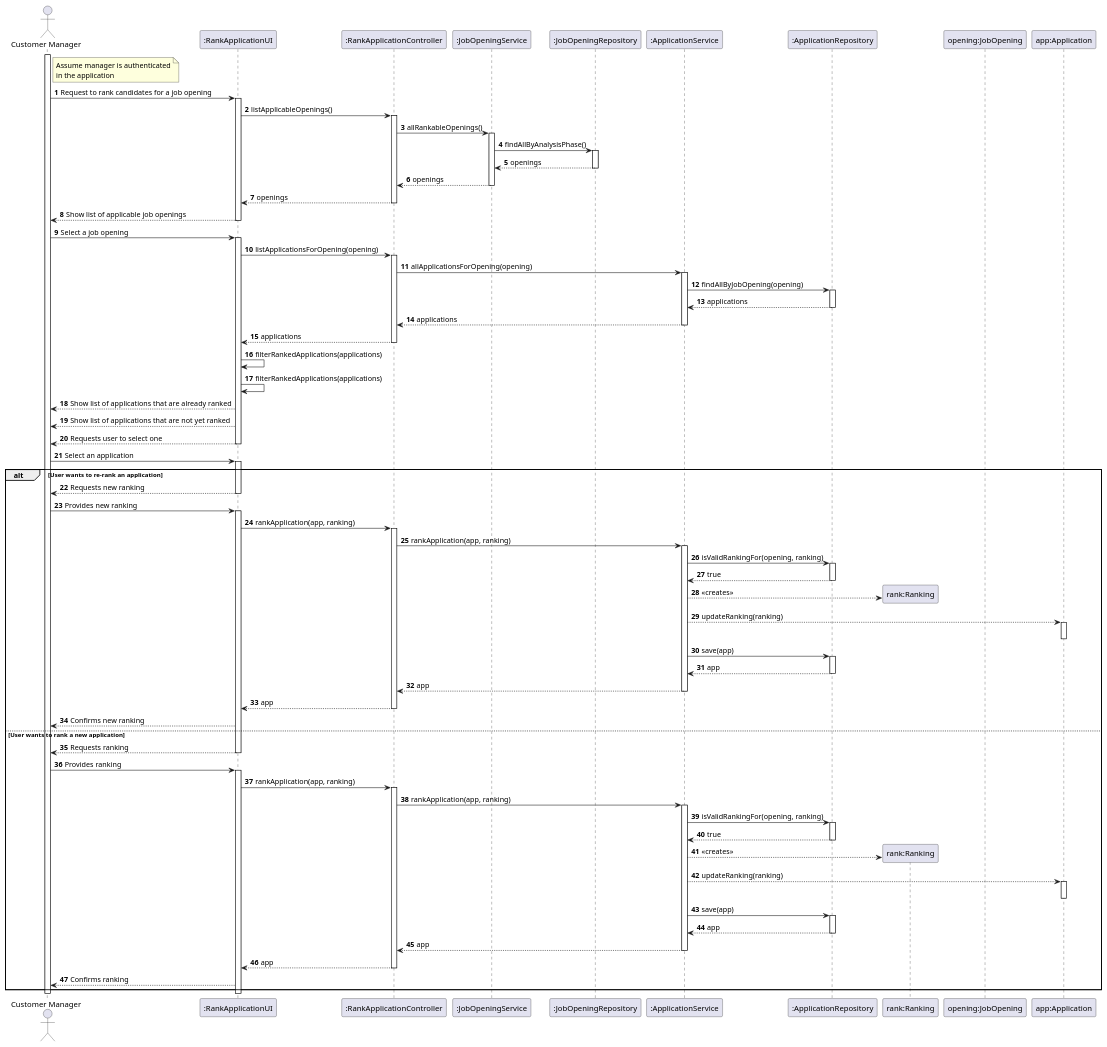
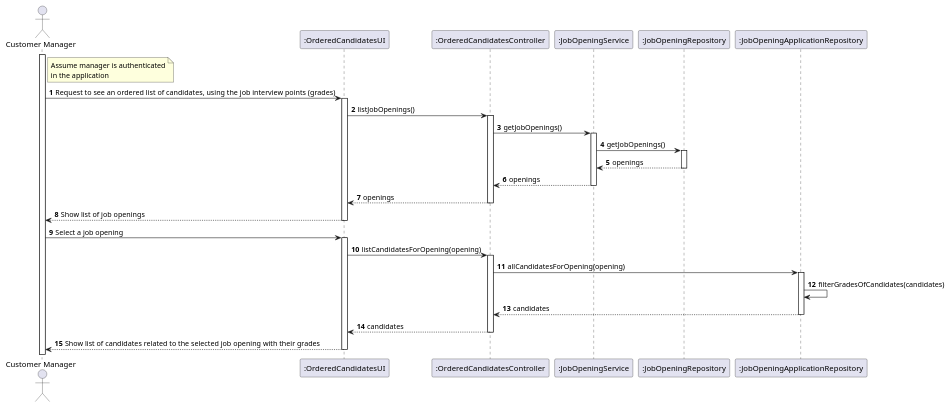
Before and after one commit to marcoferreira37/Lapr4: the diagram in docs/sprintC/1019/1019-sequence-diagram.puml, drawn with PlantUML. The commit also changed 5 other files, not shown here.

Commit message:
#44 Sequence-diagram and system-sequence-diagram updated

```diff
--- a/docs/sprintC/1019/1019-sequence-diagram.puml
+++ b/docs/sprintC/1019/1019-sequence-diagram.puml
@@ -1,124 +1,57 @@
 @startuml
 
 actor "Customer Manager" as Agent
-participant ":RankApplicationUI" as ui
-participant ":RankApplicationController" as ctrl
+participant ":OrderedCandidatesUI" as ui
+participant ":OrderedCandidatesController" as ctrl
 participant ":JobOpeningService" as jobServ
 participant ":JobOpeningRepository" as jobRepo
-participant ":ApplicationService" as appServ
-participant ":ApplicationRepository" as appRepo
-participant "rank:Ranking" as rank
-participant "opening:JobOpening" as op
-participant "app:Application" as app
-
-
+participant ":JobOpeningApplicationRepository" as candRepo
 
 autonumber
 
 note right of Agent
   Assume manager is authenticated
   in the application
 end note
 
 activate Agent
 
-Agent -> ui: Request to rank candidates for a job opening
+Agent -> ui: Request to see an ordered list of candidates, using the job interview points (grades)
+
 activate ui
-ui -> ctrl: listApplicableOpenings()
+ui -> ctrl: listJobOpenings()
 activate ctrl
-ctrl -> jobServ: allRankableOpenings()
+ctrl -> jobServ: getJobOpenings()
 activate jobServ
-jobServ -> jobRepo: findAllByAnalysisPhase()
+jobServ -> jobRepo: getJobOpenings()
 activate jobRepo
 jobRepo --> jobServ: openings
 deactivate
 jobServ --> ctrl: openings
 deactivate
 ctrl --> ui: openings
 deactivate
-ui --> Agent: Show list of applicable job openings
+ui --> Agent: Show list of job openings
 deactivate
 Agent -> ui : Select a job opening
 activate ui
-ui -> ctrl: listApplicationsForOpening(opening)
+ui -> ctrl: listCandidatesForOpening(opening)
 activate ctrl
-ctrl -> appServ: allApplicationsForOpening(opening)
-activate appServ
-appServ -> appRepo: findAllByJobOpening(opening)
-activate appRepo
-appRepo --> appServ: applications
+ctrl -> candRepo: allCandidatesForOpening(opening)
+
+activate candRepo
+
+candRepo -> candRepo : filterGradesOfCandidates(candidates)
+candRepo --> ctrl: candidates
 deactivate
-appServ --> ctrl: applications
-deactivate
-ctrl --> ui: applications
-deactivate
-ui -> ui : filterRankedApplications(applications)
-ui -> ui : filterRankedApplications(applications)
-ui --> Agent : Show list of applications that are already ranked
-ui --> Agent : Show list of applications that are not yet ranked
-ui --> Agent : Requests user to select one
-deactivate
-Agent -> ui : Select an application
-activate ui
-alt User wants to re-rank an application
-ui --> Agent : Requests new ranking
-deactivate
-Agent -> ui : Provides new ranking
-activate ui
-ui -> ctrl : rankApplication(app, ranking)
-activate ctrl
-ctrl -> appServ : rankApplication(app, ranking)
-activate appServ
-appServ -> appRepo : isValidRankingFor(opening, ranking)
-activate appRepo
-appRepo --> appServ : true
-deactivate
-appServ --> rank** : «creates»
-appServ --> app : updateRanking(ranking)
-activate app
+ctrl --> ui: candidates
+
 deactivate
 
-appServ -> appRepo : save(app)
-activate appRepo
-appRepo --> appServ : app
+ui --> Agent : Show list of candidates related to the selected job opening with their grades
+
 deactivate
-appServ --> ctrl : app
-deactivate
-ctrl --> ui : app
-deactivate
-ui --> Agent  : Confirms new ranking
-
-else User wants to rank a new application
-ui --> Agent : Requests ranking
-deactivate
-Agent -> ui : Provides ranking
-activate ui
-ui -> ctrl : rankApplication(app, ranking)
-activate ctrl
-ctrl -> appServ : rankApplication(app, ranking)
-activate appServ
-appServ -> appRepo : isValidRankingFor(opening, ranking)
-activate appRepo
-appRepo --> appServ : true
-deactivate
-appServ --> rank** : «creates»
-appServ --> app : updateRanking(ranking)
-activate app
-deactivate
-
-appServ -> appRepo : save(app)
-activate appRepo
-appRepo --> appServ : app
-deactivate
-appServ --> ctrl : app
-deactivate
-ctrl --> ui : app
-deactivate
-ui --> Agent  : Confirms ranking
-end alt
-deactivate ui
-deactivate Agent
 
 
 
 @enduml
```
